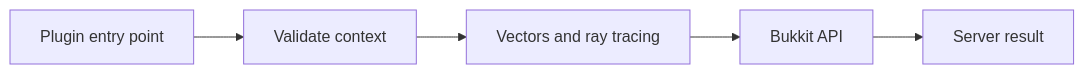
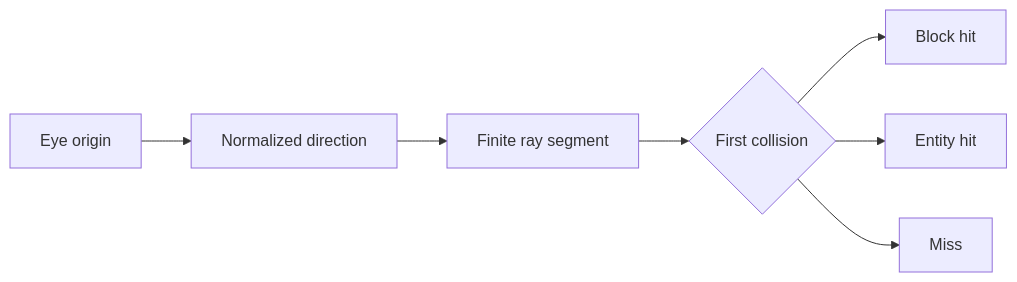
The diagram in gameplay/ray-tracing.mdx (rwov/bukkit-docs), drawn with Mermaid before and after one commit. The commit also changed other lines of this file and 104 other files, not shown here.

````diff
--- a/gameplay/ray-tracing.mdx
+++ b/gameplay/ray-tracing.mdx
@@ -14,7 +34,9 @@
 ```mermaid
 flowchart LR
-  A["Plugin entry point"] --> B["Validate context"]
-  B --> C["Vectors and ray tracing"]
-  C --> D["Bukkit API"]
-  D --> E["Server result"]
+  A["Eye origin"] --> B["Normalized direction"]
+  B --> C["Finite ray segment"]
+  C --> D{"First collision"}
+  D --> E["Block hit"]
+  D --> F["Entity hit"]
+  D --> G["Miss"]
 ```
````
